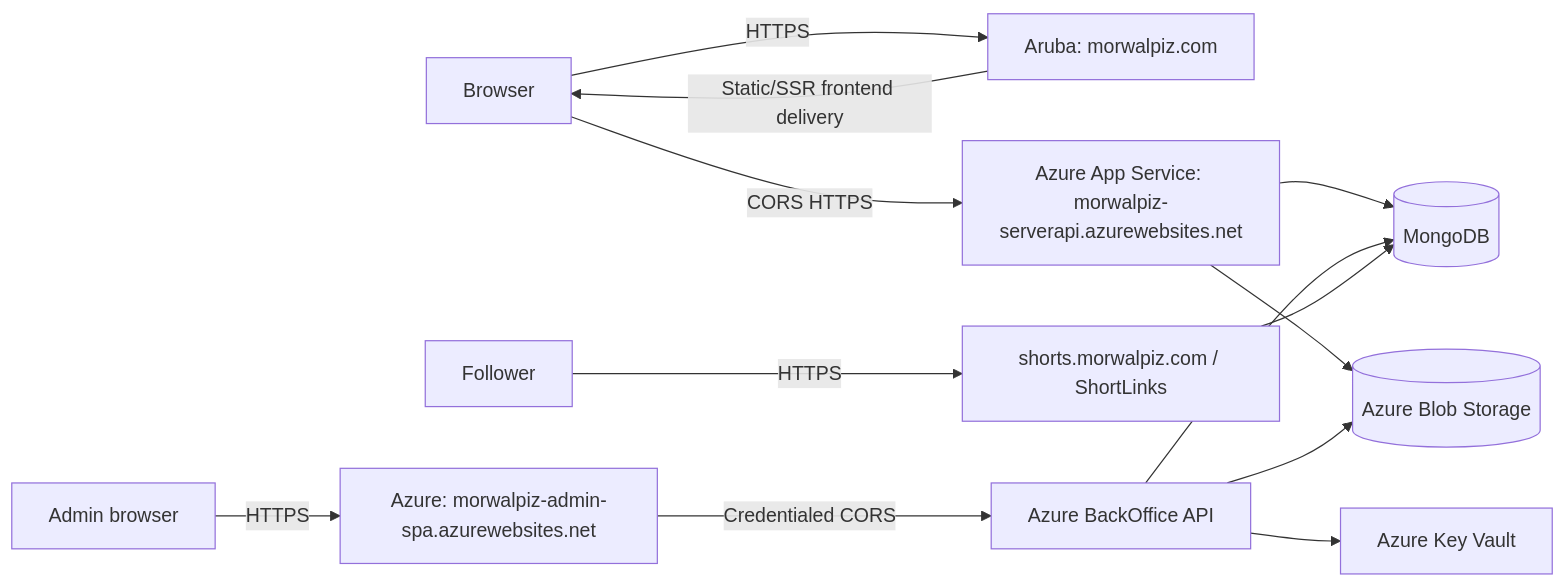
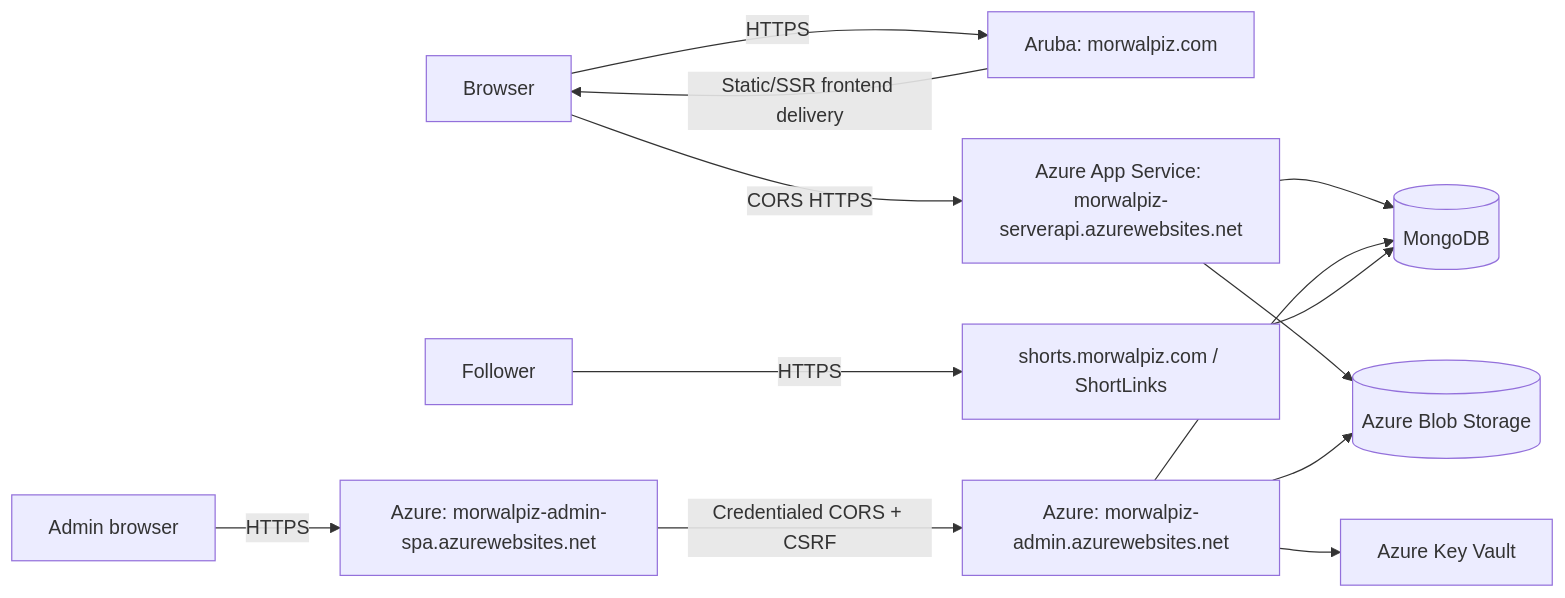
The diagram in docs/architecture/deployment.md (morganpizzini/MorWalPizVideo), drawn with Mermaid before and after one commit. The commit also changed other lines of this file and 118 other files, not shown here.

````diff
--- a/docs/architecture/deployment.md
+++ b/docs/architecture/deployment.md
@@ -5,15 +5,15 @@
 ```mermaid
 flowchart LR
     Browser[Browser] -->|HTTPS| Aruba[Aruba: morwalpiz.com]
     Aruba -->|Static/SSR frontend delivery| Browser
     Browser -->|CORS HTTPS| API[Azure App Service: morwalpiz-serverapi.azurewebsites.net]
     Admin[Admin browser] -->|HTTPS| AdminSpa[Azure: morwalpiz-admin-spa.azurewebsites.net]
-    AdminSpa -->|Credentialed CORS| BO[Azure BackOffice API]
+    AdminSpa -->|Credentialed CORS + CSRF| BO[Azure: morwalpiz-admin.azurewebsites.net]
     Follower[Follower] -->|HTTPS| Shorts[shorts.morwalpiz.com / ShortLinks]
     API --> Mongo[(MongoDB)]
     BO --> Mongo
     Shorts --> Mongo
     API --> Blob[(Azure Blob Storage)]
     BO --> Blob
     BO --> Vault[Azure Key Vault]
 ```
````
